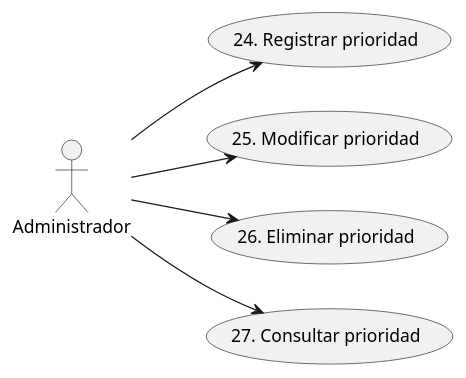
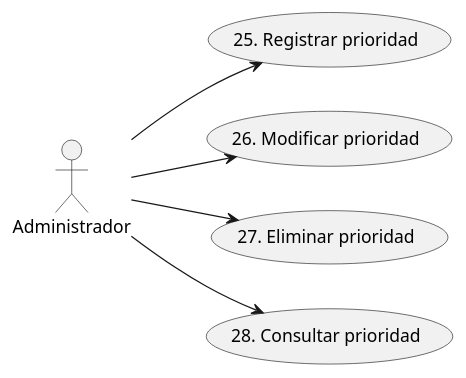
Before and after one commit to ciggyx/Task_Flow: the fifth of 8 diagrams in Modelado/DiagramasCU.plantuml, drawn with PlantUML. The commit also changed other lines of this file and 1 other file, not shown here.

Commit message:
chore(diagrama-cu): actualizado los cu + diagrama de estados de amistad

```diff
--- a/Modelado/DiagramasCU.plantuml
+++ b/Modelado/DiagramasCU.plantuml
@@ -61,8 +62,8 @@
 @startuml CU_Administración_Prioridad
 left to right direction
 actor :Administrador: as A
-A --> (24. Registrar prioridad)
-A --> (25. Modificar prioridad)
-A --> (26. Eliminar prioridad)
-A --> (27. Consultar prioridad)
+A --> (25. Registrar prioridad)
+A --> (26. Modificar prioridad)
+A --> (27. Eliminar prioridad)
+A --> (28. Consultar prioridad)
 @enduml
```
